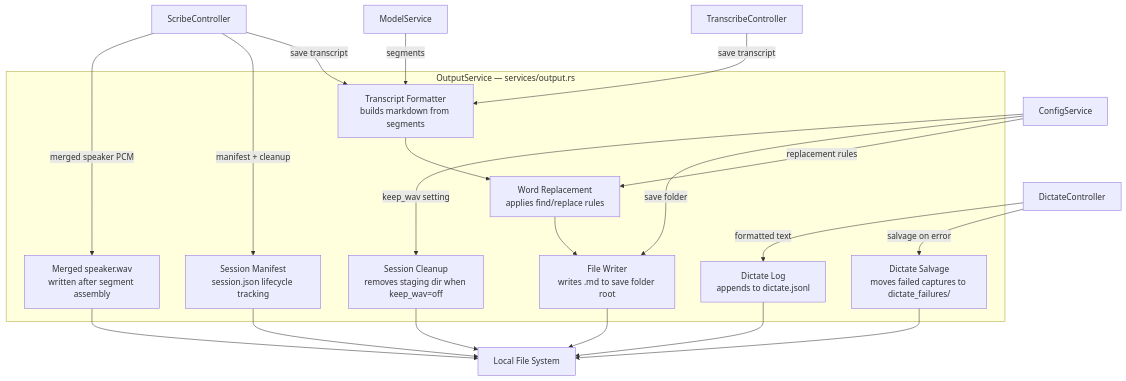
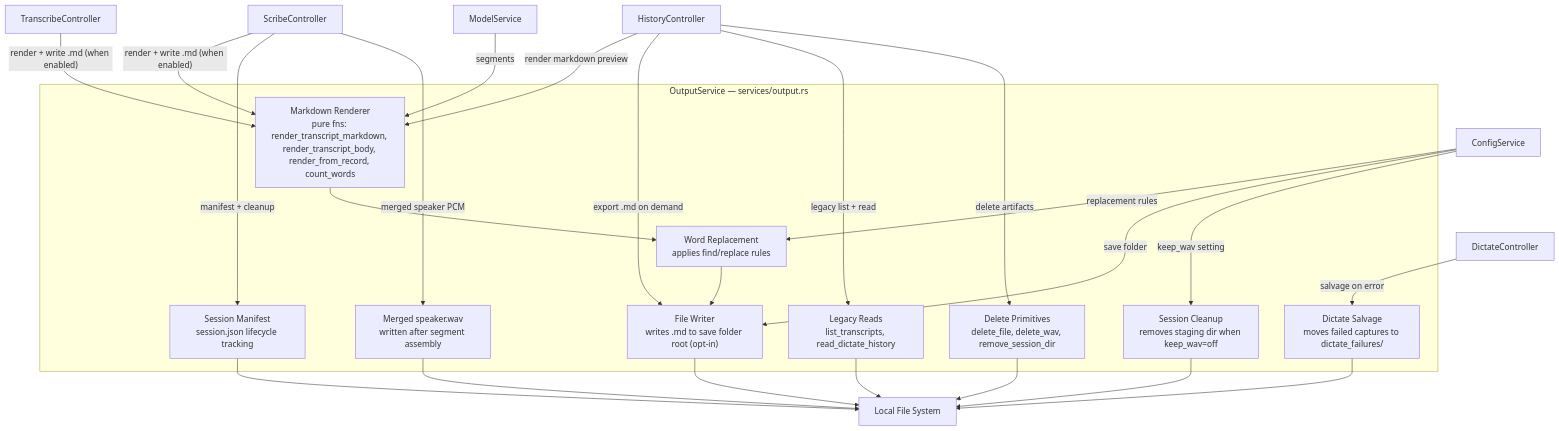
Before and after one commit to Lenniott/scribeFloat: the seventh of 11 diagrams in context/architecture.md, drawn with Mermaid. The commit also changed other lines of this file and 22 other files, not shown here.

First line of the commit message:
Add JSONL history record store with optional markdown export

````diff
--- a/context/architecture.md
+++ b/context/architecture.md
@@ -296,39 +350,45 @@
 ```mermaid
 graph TB
     subgraph output["OutputService — services/output.rs"]
-        formatter["Transcript Formatter\nbuilds markdown from segments"]
+        formatter["Markdown Renderer\npure fns: render_transcript_markdown, render_transcript_body, render_from_record, count_words"]
         replacements["Word Replacement\napplies find/replace rules"]
-        file_writer["File Writer\nwrites .md to save folder root"]
+        file_writer["File Writer\nwrites .md to save folder root (opt-in)"]
         manifest["Session Manifest\nsession.json lifecycle tracking"]
         wav_cleanup["Session Cleanup\nremoves staging dir when keep_wav=off"]
         salvage["Dictate Salvage\nmoves failed captures to dictate_failures/"]
-        dictate_log["Dictate Log\nappends to dictate.jsonl"]
+        legacy_reads["Legacy Reads\nlist_transcripts, read_dictate_history"]
+        delete_prims["Delete Primitives\ndelete_file, delete_wav, remove_session_dir"]
         merged_wav["Merged speaker.wav\nwritten after segment assembly"]
     end
 
     config["ConfigService"]
     fs["Local File System"]
     ctrl_scribe["ScribeController"]
     ctrl_dictate["DictateController"]
     ctrl_transcribe["TranscribeController"]
+    ctrl_history["HistoryController"]
     svc_model["ModelService"]
 
-    ctrl_scribe -->|"save transcript"| formatter
+    ctrl_scribe -->|"render + write .md (when enabled)"| formatter
     ctrl_scribe -->|"manifest + cleanup"| manifest
     ctrl_scribe -->|"merged speaker PCM"| merged_wav
     ctrl_dictate -->|"salvage on error"| salvage
-    ctrl_dictate -->|"formatted text"| dictate_log
-    ctrl_transcribe -->|"save transcript"| formatter
+    ctrl_transcribe -->|"render + write .md (when enabled)"| formatter
+    ctrl_history -->|"render markdown preview"| formatter
+    ctrl_history -->|"export .md on demand"| file_writer
+    ctrl_history -->|"legacy list + read"| legacy_reads
+    ctrl_history -->|"delete artifacts"| delete_prims
     svc_model -->|"segments"| formatter
     formatter --> replacements
     replacements --> file_writer
     file_writer --> fs
     manifest --> fs
     merged_wav --> fs
     wav_cleanup --> fs
     salvage --> fs
-    dictate_log --> fs
+    legacy_reads --> fs
+    delete_prims --> fs
     config -->|"replacement rules"| replacements
     config -->|"save folder"| file_writer
     config -->|"keep_wav setting"| wav_cleanup
 ```
````
